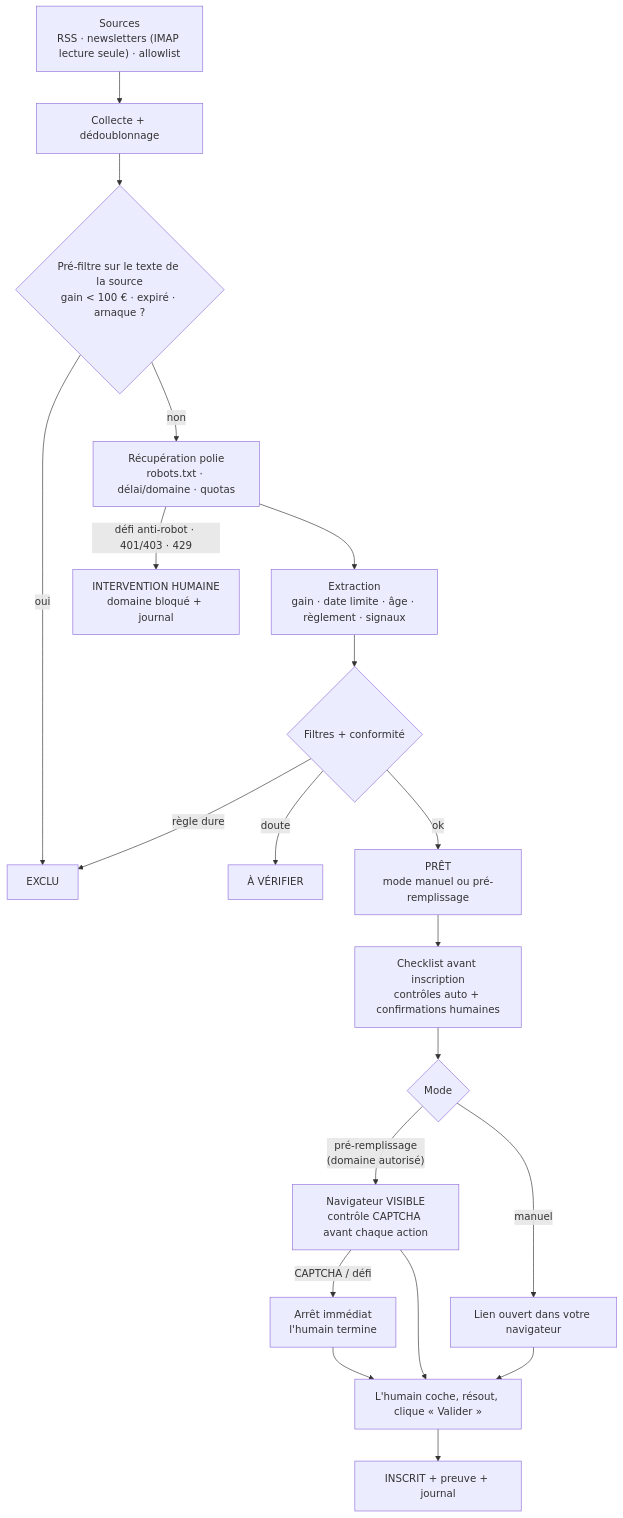
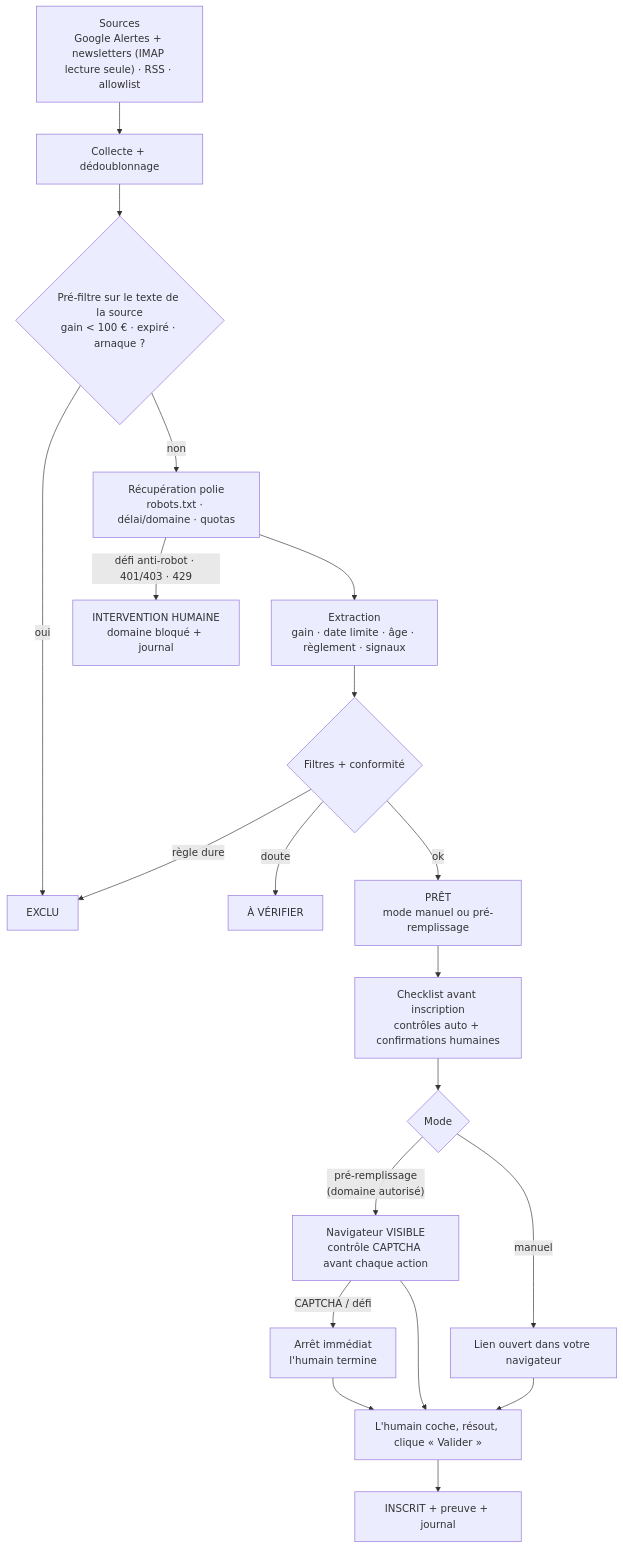
The first of 2 diagrams in docs/ARCHITECTURE.md (webjet0702/Bot-jeu-concours-), drawn with Mermaid before and after one commit. The commit also changed other lines of this file and 12 other files, not shown here.

First line of the commit message:
Veille sur tout le web via Google Alertes + filtre pays de résidence

````diff
--- a/docs/ARCHITECTURE.md
+++ b/docs/ARCHITECTURE.md
@@ -9,22 +9,22 @@
 ```mermaid
 flowchart TD
-    A["Sources<br/>RSS · newsletters (IMAP lecture seule) · allowlist"] --> B["Collecte + dédoublonnage"]
+    A["Sources<br/>Google Alertes + newsletters (IMAP lecture seule) · RSS · allowlist"] --> B["Collecte + dédoublonnage"]
     B --> C{"Pré-filtre sur le texte de la source<br/>gain &lt; 100 € · expiré · arnaque ?"}
     C -- oui --> X["EXCLU"]
     C -- non --> D["Récupération polie<br/>robots.txt · délai/domaine · quotas"]
     D -- "défi anti-robot · 401/403 · 429" --> H["INTERVENTION HUMAINE<br/>domaine bloqué + journal"]
     D --> E["Extraction<br/>gain · date limite · âge · règlement · signaux"]
     E --> F{"Filtres + conformité"}
     F -- "règle dure" --> X
     F -- doute --> V["À VÉRIFIER"]
     F -- ok --> P["PRÊT<br/>mode manuel ou pré-remplissage"]
     P --> K["Checklist avant inscription<br/>contrôles auto + confirmations humaines"]
     K --> M{"Mode"}
     M -- "pré-remplissage<br/>(domaine autorisé)" --> N["Navigateur VISIBLE<br/>contrôle CAPTCHA avant chaque action"]
     N -- "CAPTCHA / défi" --> S["Arrêt immédiat<br/>l'humain termine"]
     M -- manuel --> O["Lien ouvert dans votre navigateur"]
     N --> U["L'humain coche, résout, clique « Valider »"]
     S --> U
     O --> U
     U --> I["INSCRIT + preuve + journal"]
 ```
````
